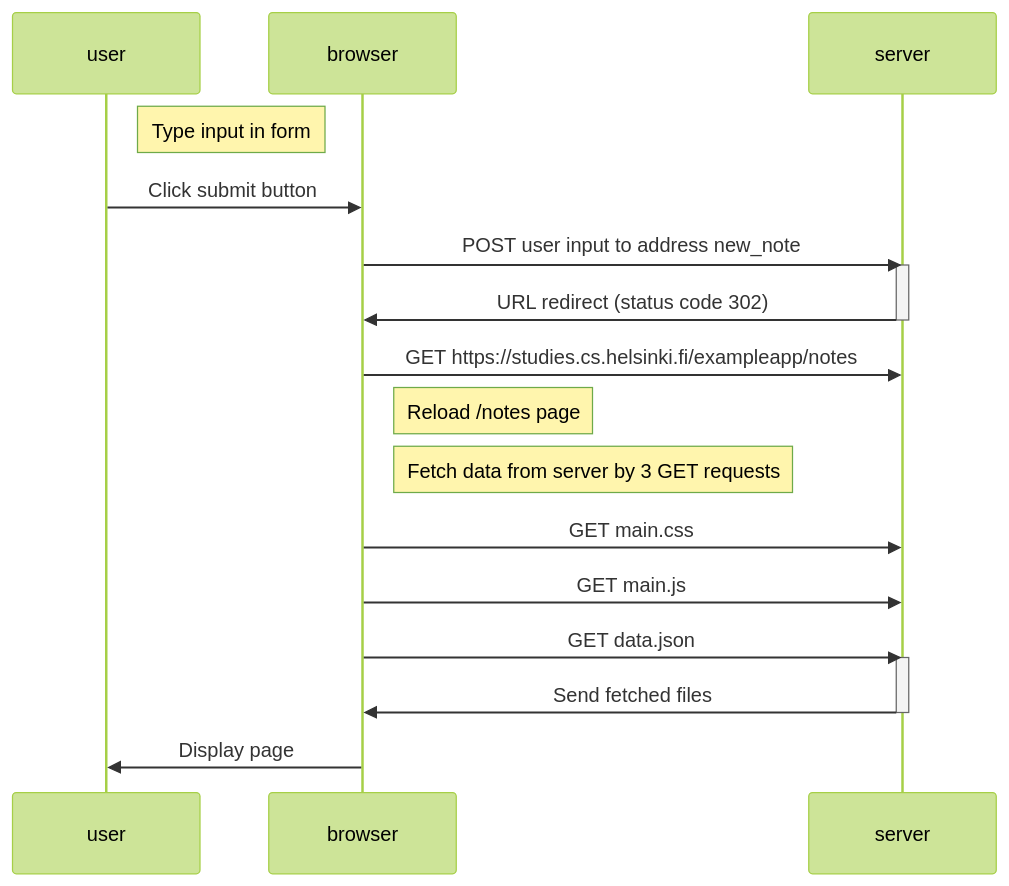
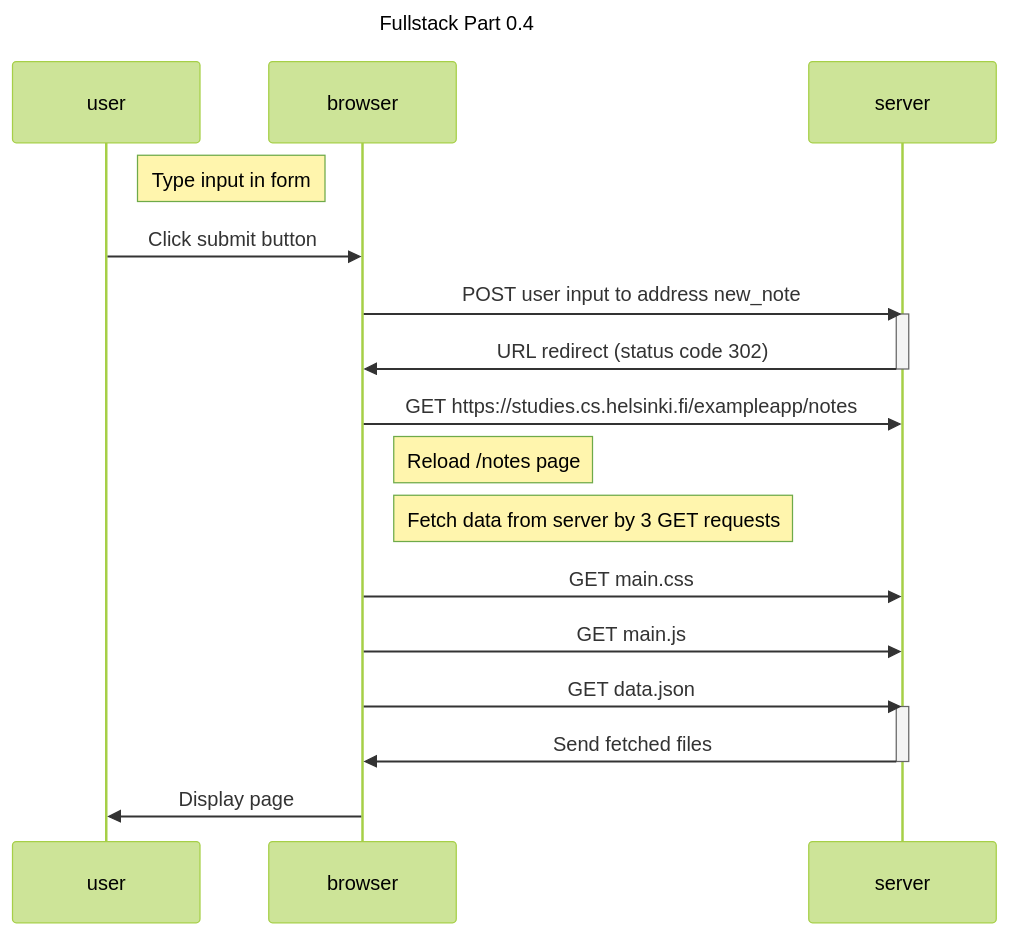
The diagram in part0/part0.4.md (vesalainen/fso23), drawn with Mermaid (forest theme) before and after one commit.

Commit message:
part 0.4 done

````diff
--- a/part0/part0.4.md
+++ b/part0/part0.4.md
@@ -3,26 +1,28 @@
 ```mermaid
 sequenceDiagram
+    title Fullstack Part 0.4
+
     participant user
     participant browser
     participant server
 
     Note right of user: Type input in form
     user->>browser: Click submit button
 
     browser->>server: POST user input to address new_note
     activate server
     server->>browser: URL redirect (status code 302)
     deactivate server
 
     browser->>server: GET https://studies.cs.helsinki.fi/exampleapp/notes
     Note right of browser: Reload /notes page
     note right of browser: Fetch data from server by 3 GET requests
     browser->>server: GET main.css
     browser->>server: GET main.js
     browser->>server: GET data.json
     activate server
     server->>browser: Send fetched files
     deactivate server
 
     browser->>user: Display page
 ```
````
